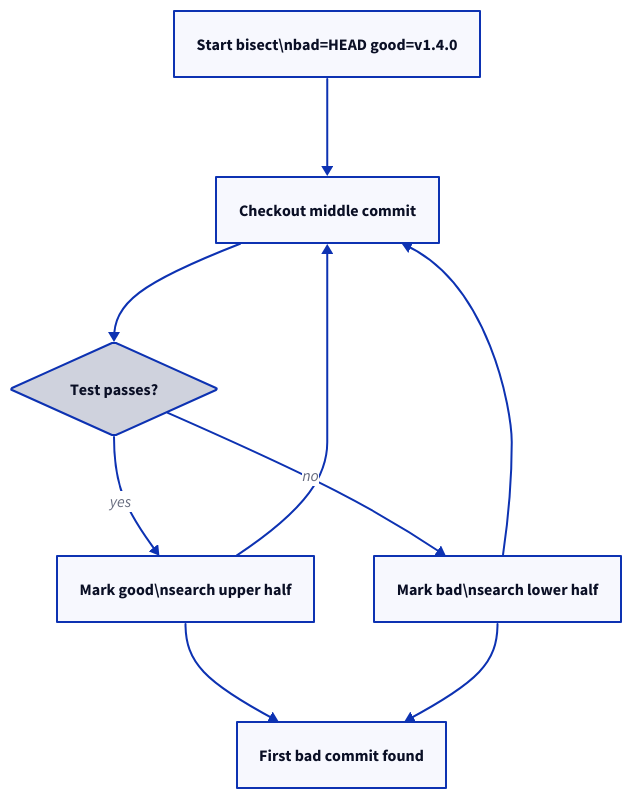
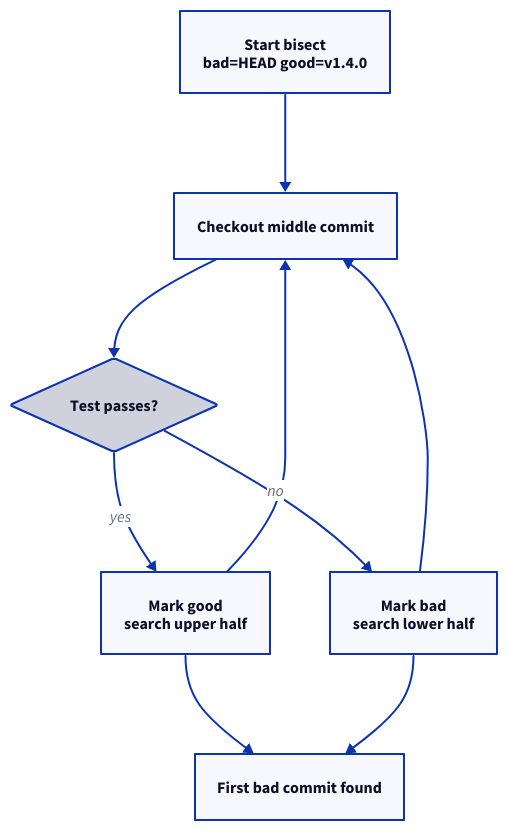
The diagram in docs/git/git-bisect-and-debugging-history.md (rebash-rebash/rebash-academy), drawn with D2 before and after one commit. The commit also changed 177 other files, not shown here.

First line of the commit message:
Ship Terraform track, diagram polish, and new brand favicon.

````diff
--- a/docs/git/git-bisect-and-debugging-history.md
+++ b/docs/git/git-bisect-and-debugging-history.md
@@ -46,20 +46,20 @@
 ```d2
 direction: down
 
-START: "Start bisect\\nbad=HEAD good=v1.4.0"
+START: "Start bisect\nbad=HEAD good=v1.4.0"
     MID: "Checkout middle commit"
     TEST: "Test passes?" {
       shape: diamond
     }
-    GOOD: "Mark good\\nsearch upper half"
-    BAD: "Mark bad\\nsearch lower half"
+    GOOD: "Mark good\nsearch upper half"
+    BAD: "Mark bad\nsearch lower half"
     FOUND: "First bad commit found"
     START -> MID
     MID -> TEST
     TEST -> GOOD: yes
     GOOD -> MID
     TEST -> BAD: no
     BAD -> MID
     GOOD -> FOUND
     BAD -> FOUND
 ```
````
